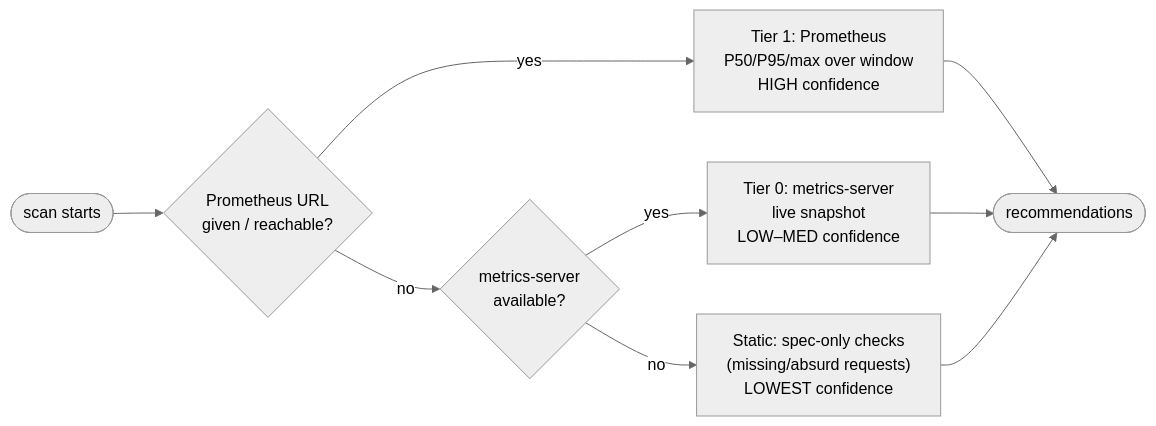
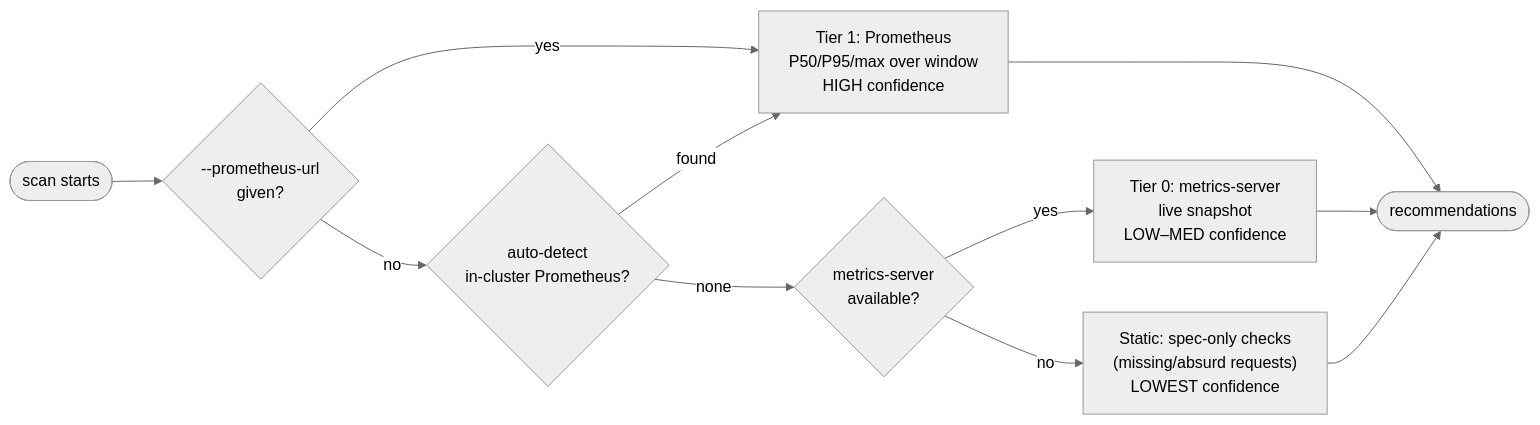
Before and after one commit to mayur-tolexo/kubetidy: the second of 3 diagrams in docs/ARCHITECTURE.md, drawn with Mermaid (neutral theme). The commit also changed other lines of this file and 2 other files, not shown here.

First line of the commit message:
docs: document pr command, Prometheus auto-detect + deploy across md files

````diff
--- a/docs/ARCHITECTURE.md
+++ b/docs/ARCHITECTURE.md
@@ -77,11 +81,13 @@
 ```mermaid
 flowchart LR
-    start([scan starts]) --> q1{Prometheus URL<br/>given / reachable?}
-    q1 -- yes --> t1["Tier 1: Prometheus<br/>P50/P95/max over window<br/>HIGH confidence"]
-    q1 -- no --> q2{metrics-server<br/>available?}
+    start([scan starts]) --> q0{--prometheus-url<br/>given?}
+    q0 -- yes --> t1["Tier 1: Prometheus<br/>P50/P95/max over window<br/>HIGH confidence"]
+    q0 -- no --> qa{auto-detect<br/>in-cluster Prometheus?}
+    qa -- found --> t1
+    qa -- none --> q2{metrics-server<br/>available?}
     q2 -- yes --> t0["Tier 0: metrics-server<br/>live snapshot<br/>LOW–MED confidence"]
     q2 -- no --> ts["Static: spec-only checks<br/>(missing/absurd requests)<br/>LOWEST confidence"]
     t1 --> rec([recommendations])
     t0 --> rec
     ts --> rec
 ```
````
